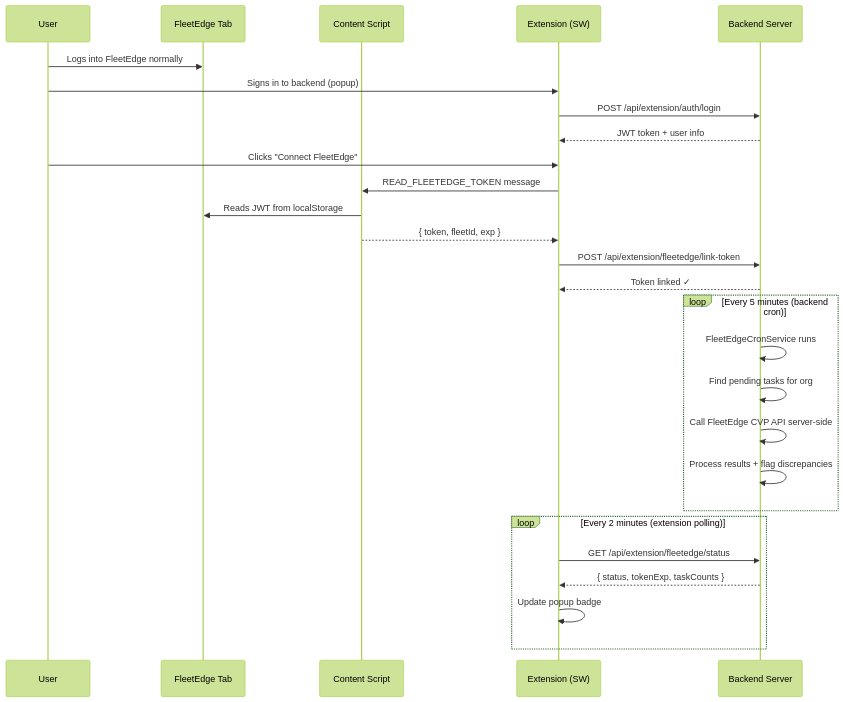
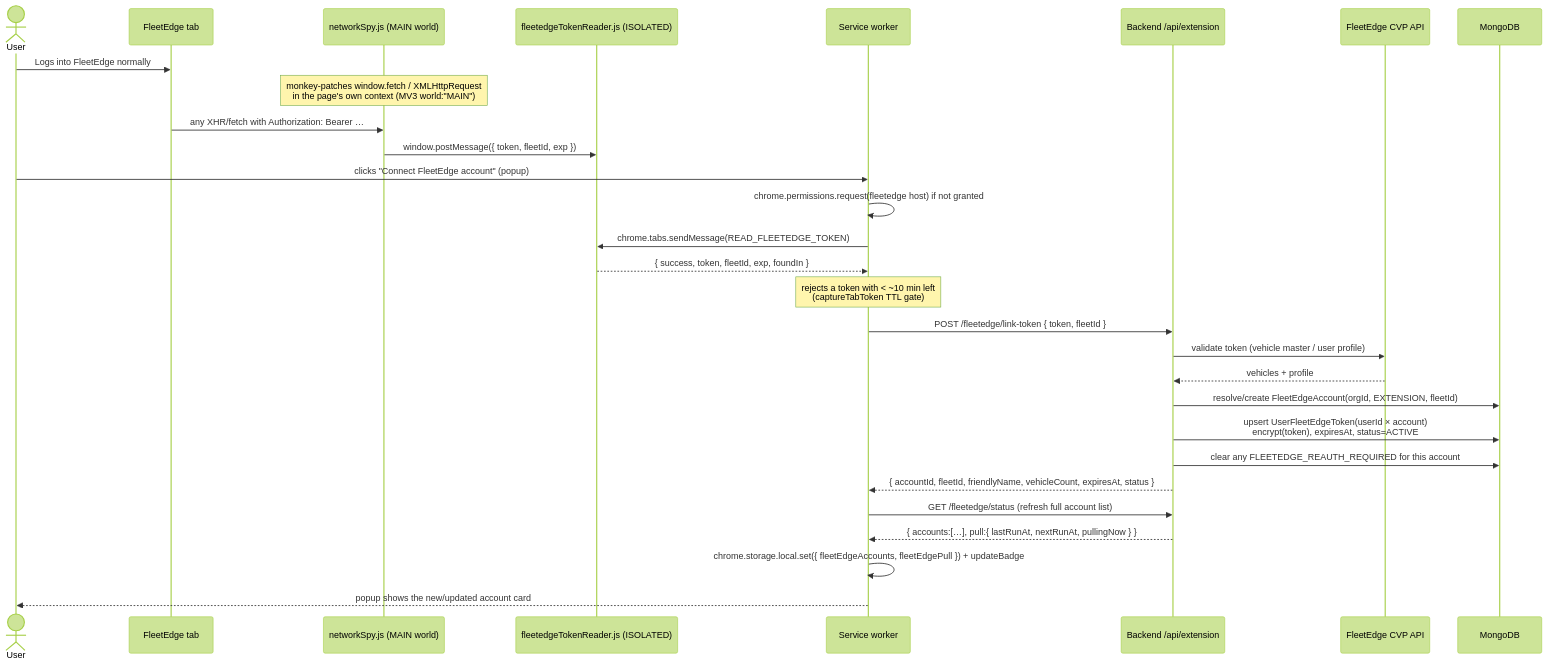
The third of 6 diagrams in extension/README.md (GNB-motors/plugin), drawn with Mermaid (forest theme) before and after one commit. The commit also changed other lines of this file and 5 other files, not shown here.

````diff
--- a/extension/README.md
+++ b/extension/README.md
@@ -13,33 +87,33 @@
 ```mermaid
 sequenceDiagram
-    participant U as User
-    participant FE as FleetEdge Tab
-    participant CS as Content Script
-    participant EXT as Extension (SW)
-    participant BE as Backend Server
+    actor User
+    participant FE as FleetEdge tab
+    participant Spy as networkSpy.js (MAIN world)
+    participant Reader as fleetedgeTokenReader.js (ISOLATED)
+    participant SW as Service worker
+    participant BE as Backend /api/extension
+    participant FECVP as FleetEdge CVP API
+    participant DB as MongoDB
 
-    U->>FE: Logs into FleetEdge normally
-    U->>EXT: Signs in to backend (popup)
-    EXT->>BE: POST /api/extension/auth/login
-    BE-->>EXT: JWT token + user info
+    User->>FE: Logs into FleetEdge normally
+    Note over Spy: monkey-patches window.fetch / XMLHttpRequest<br/>in the page's own context (MV3 world:"MAIN")
+    FE->>Spy: any XHR/fetch with Authorization: Bearer …
+    Spy->>Reader: window.postMessage({ token, fleetId, exp })
 
-    U->>EXT: Clicks "Connect FleetEdge"
-    EXT->>CS: READ_FLEETEDGE_TOKEN message
-    CS->>FE: Reads JWT from localStorage
-    CS-->>EXT: { token, fleetId, exp }
-    EXT->>BE: POST /api/extension/fleetedge/link-token
-    BE-->>EXT: Token linked ✓
-
-    loop Every 5 minutes (backend cron)
-        BE->>BE: FleetEdgeCronService runs
-        BE->>BE: Find pending tasks for org
-        BE->>BE: Call FleetEdge CVP API server-side
-        BE->>BE: Process results + flag discrepancies
-    end
-
-    loop Every 2 minutes (extension polling)
-        EXT->>BE: GET /api/extension/fleetedge/status
-        BE-->>EXT: { status, tokenExp, taskCounts }
-        EXT->>EXT: Update popup badge
-    end
+    User->>SW: clicks "Connect FleetEdge account" (popup)
+    SW->>SW: chrome.permissions.request(fleetedge host) if not granted
+    SW->>Reader: chrome.tabs.sendMessage(READ_FLEETEDGE_TOKEN)
+    Reader-->>SW: { success, token, fleetId, exp, foundIn }
+    Note over SW: rejects a token with < ~10 min left<br/>(captureTabToken TTL gate)
+    SW->>BE: POST /fleetedge/link-token { token, fleetId }
+    BE->>FECVP: validate token (vehicle master / user profile)
+    FECVP-->>BE: vehicles + profile
+    BE->>DB: resolve/create FleetEdgeAccount(orgId, EXTENSION, fleetId)
+    BE->>DB: upsert UserFleetEdgeToken(userId × account)<br/>encrypt(token), expiresAt, status=ACTIVE
+    BE->>DB: clear any FLEETEDGE_REAUTH_REQUIRED for this account
+    BE-->>SW: { accountId, fleetId, friendlyName, vehicleCount, expiresAt, status }
+    SW->>BE: GET /fleetedge/status (refresh full account list)
+    BE-->>SW: { accounts:[…], pull:{ lastRunAt, nextRunAt, pullingNow } }
+    SW->>SW: chrome.storage.local.set({ fleetEdgeAccounts, fleetEdgePull }) + updateBadge
+    SW-->>User: popup shows the new/updated account card
 ```
````
